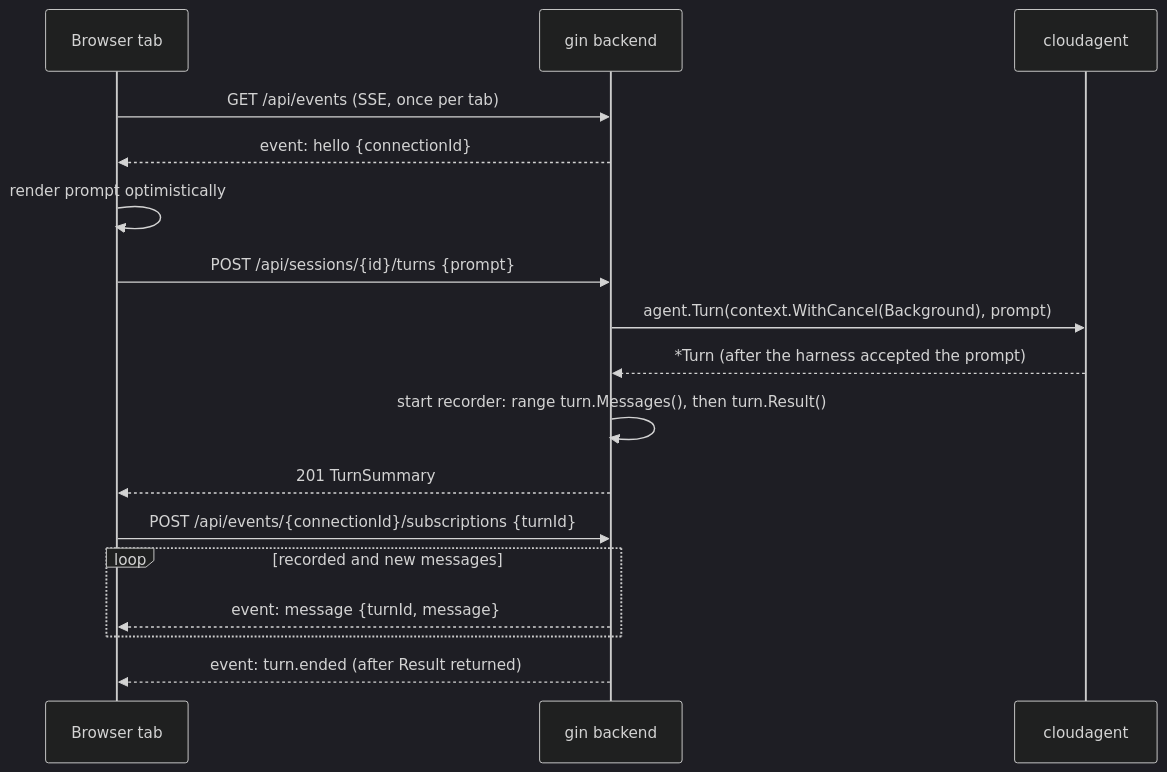
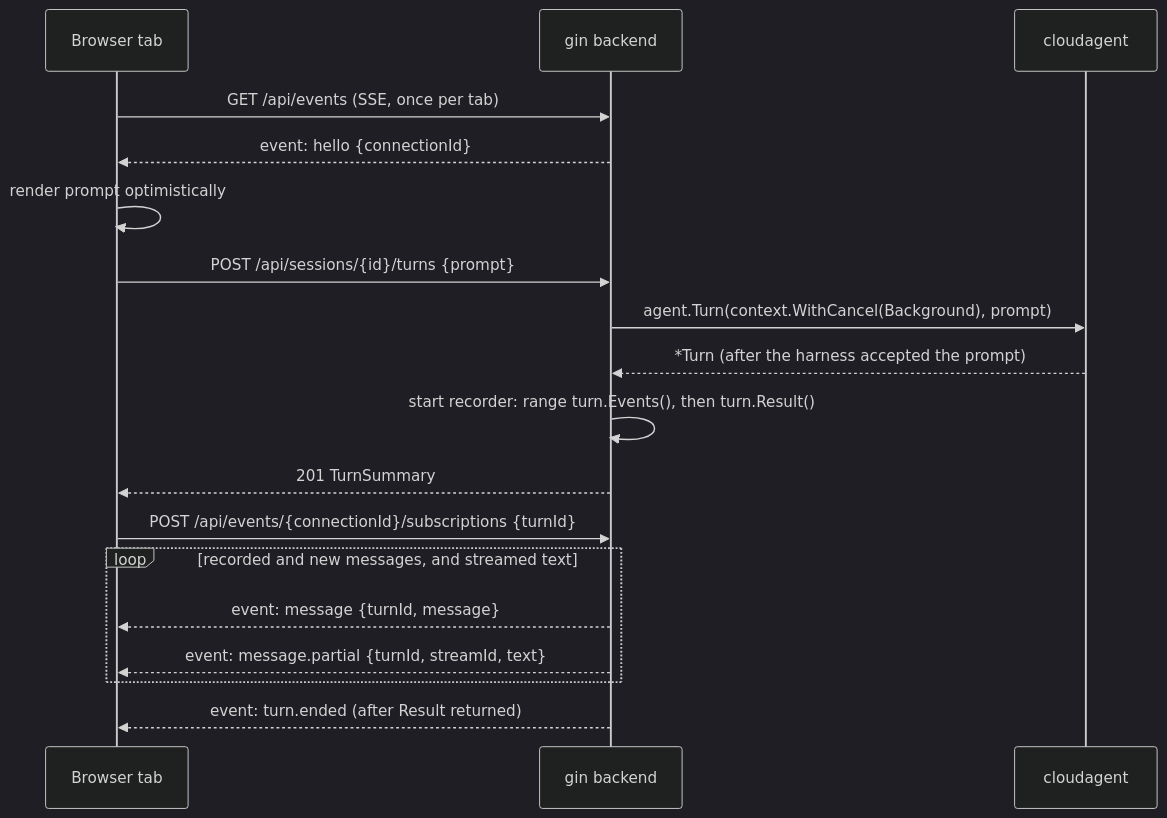
One commit to wenfengwang/cloud-agent-sdk changed the second of 2 diagrams in demo/design/001-architecture.md. Above: the diagram before and after it, drawn with Mermaid (dark theme). The commit also changed other lines of this file and 19 other files, not shown here.

First line of the commit message:
feat(demo): stream assistant text in the web app

````diff
--- a/demo/design/001-architecture.md
+++ b/demo/design/001-architecture.md
@@ -53,19 +53,20 @@
 ```mermaid
 sequenceDiagram
     participant UI as Browser tab
     participant API as gin backend
     participant SDK as cloudagent
     UI->>API: GET /api/events (SSE, once per tab)
     API-->>UI: event: hello {connectionId}
     UI->>UI: render prompt optimistically
     UI->>API: POST /api/sessions/{id}/turns {prompt}
     API->>SDK: agent.Turn(context.WithCancel(Background), prompt)
     SDK-->>API: *Turn (after the harness accepted the prompt)
-    API->>API: start recorder: range turn.Messages(), then turn.Result()
+    API->>API: start recorder: range turn.Events(), then turn.Result()
     API-->>UI: 201 TurnSummary
     UI->>API: POST /api/events/{connectionId}/subscriptions {turnId}
-    loop recorded and new messages
+    loop recorded and new messages, and streamed text
         API-->>UI: event: message {turnId, message}
+        API-->>UI: event: message.partial {turnId, streamId, text}
     end
     API-->>UI: event: turn.ended (after Result returned)
 ```
````
